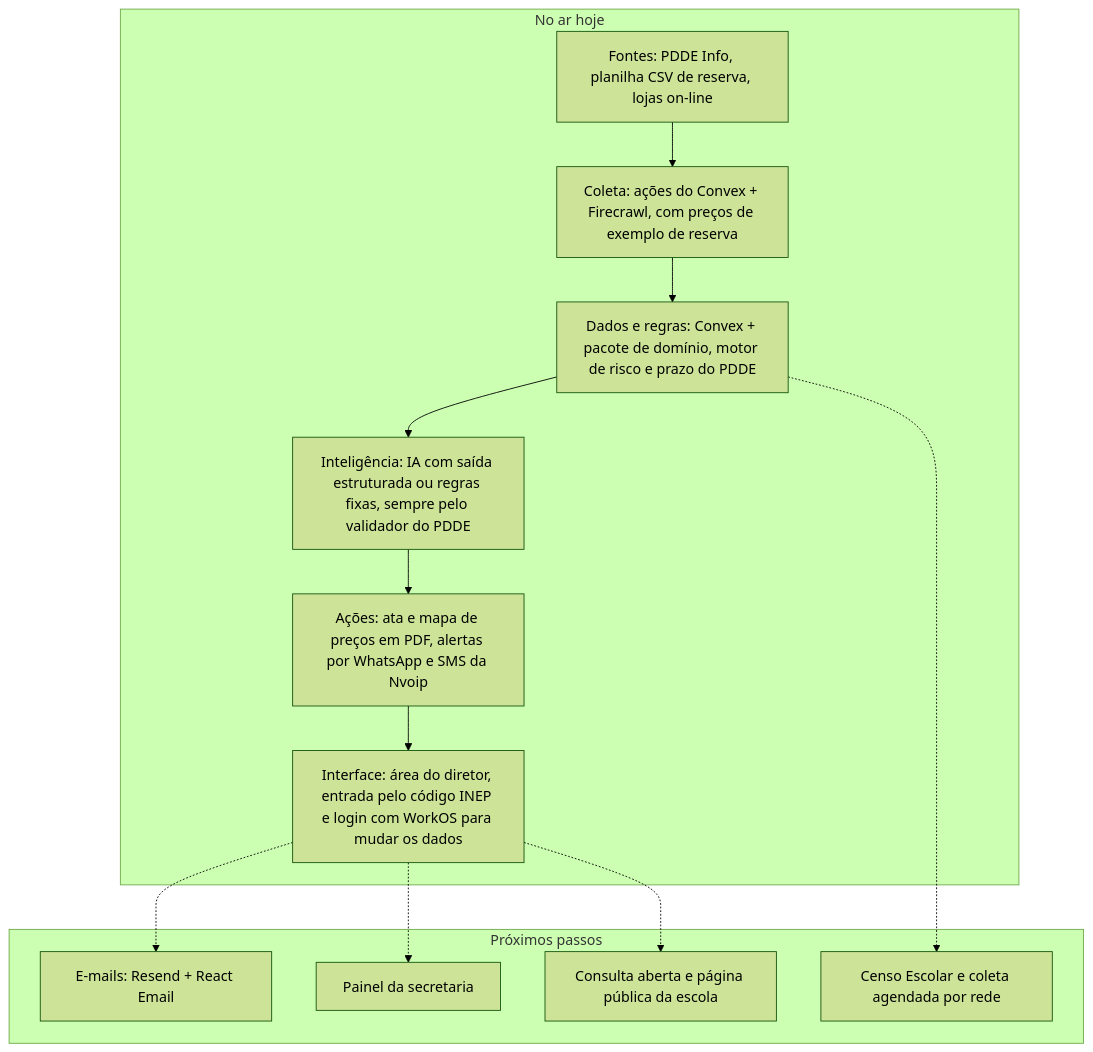
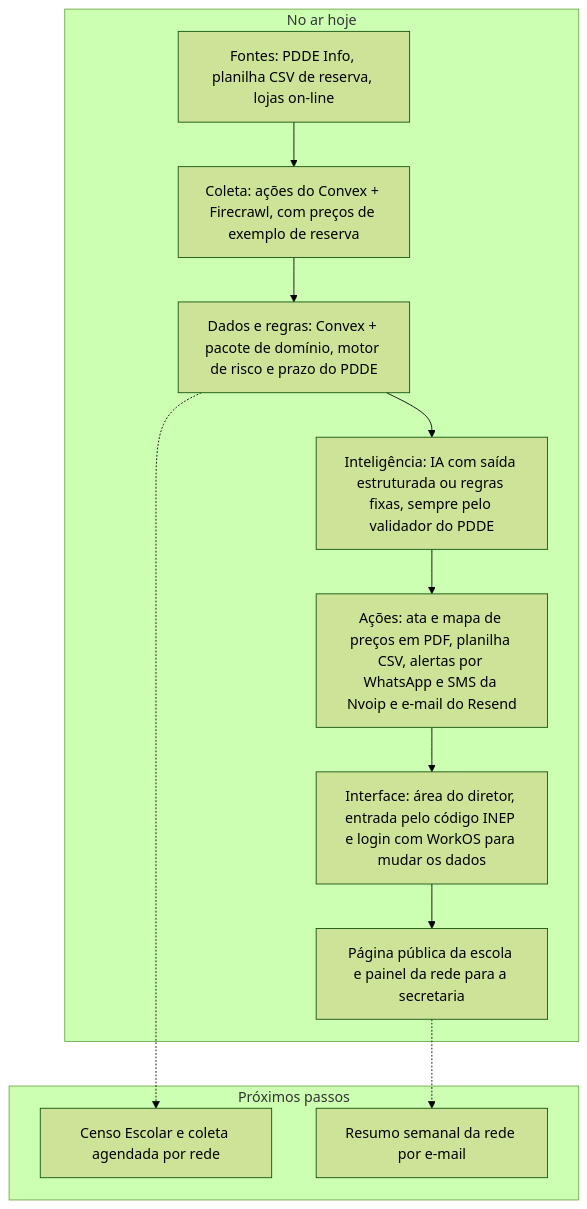
Before and after one commit to JoaoBreganon/Hack-Brasil: the diagram in README.md, drawn with Mermaid (forest theme). The commit also changed other lines of this file and 3 other files, not shown here.

First line of the commit message:
Docs: README e AGENTS com e-mail, página pública, planilha e painel da rede

````diff
--- a/README.md
+++ b/README.md
@@ -61,20 +62,17 @@
 ```mermaid
 flowchart TD
     subgraph hoje [No ar hoje]
         A[Fontes: PDDE Info, planilha CSV de reserva, lojas on-line] --> B[Coleta: ações do Convex + Firecrawl, com preços de exemplo de reserva]
         B --> C[Dados e regras: Convex + pacote de domínio, motor de risco e prazo do PDDE]
         C --> D[Inteligência: IA com saída estruturada ou regras fixas, sempre pelo validador do PDDE]
-        D --> E[Ações: ata e mapa de preços em PDF, alertas por WhatsApp e SMS da Nvoip]
+        D --> E[Ações: ata e mapa de preços em PDF, planilha CSV, alertas por WhatsApp e SMS da Nvoip e e-mail do Resend]
         E --> F[Interface: área do diretor, entrada pelo código INEP e login com WorkOS para mudar os dados]
+        F --> G[Página pública da escola e painel da rede para a secretaria]
     end
     subgraph depois [Próximos passos]
-        H[E-mails: Resend + React Email]
-        I[Painel da secretaria]
-        J[Consulta aberta e página pública da escola]
         K[Censo Escolar e coleta agendada por rede]
+        L[Resumo semanal da rede por e-mail]
     end
-    F -.-> H
-    F -.-> I
-    F -.-> J
     C -.-> K
+    G -.-> L
 ```
````
